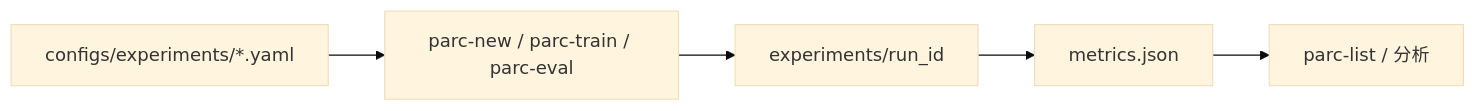
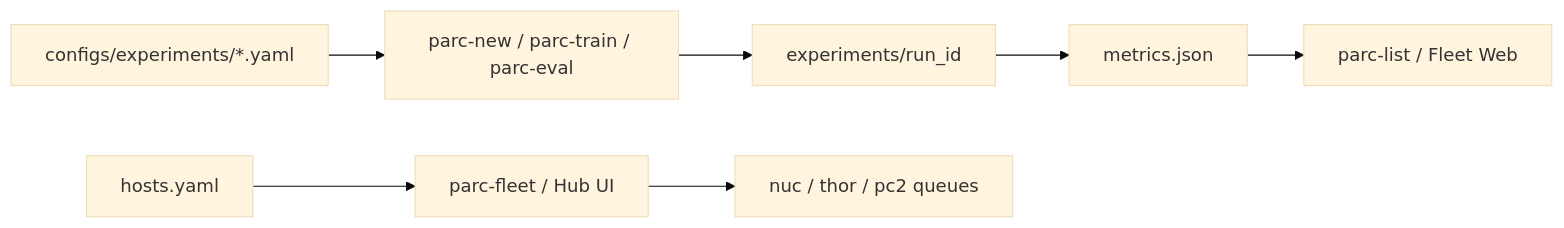
One commit to kevineen/LIBERO-plus changed the diagram in parc/docs/00_overview.md. Above: the diagram before and after it, drawn with Mermaid (base theme). The commit also changed other lines of this file and 22 other files, not shown here.

````diff
--- a/parc/docs/00_overview.md
+++ b/parc/docs/00_overview.md
@@ -36,7 +37,9 @@
 ```mermaid
 flowchart LR
   A[configs/experiments/*.yaml] --> B[parc-new / parc-train / parc-eval]
   B --> C[experiments/run_id]
   C --> D[metrics.json]
-  D --> E[parc-list / 分析]
+  D --> E[parc-list / Fleet Web]
+  F[hosts.yaml] --> G[parc-fleet / Hub UI]
+  G --> H[nuc / thor / pc2 queues]
 ```
````
